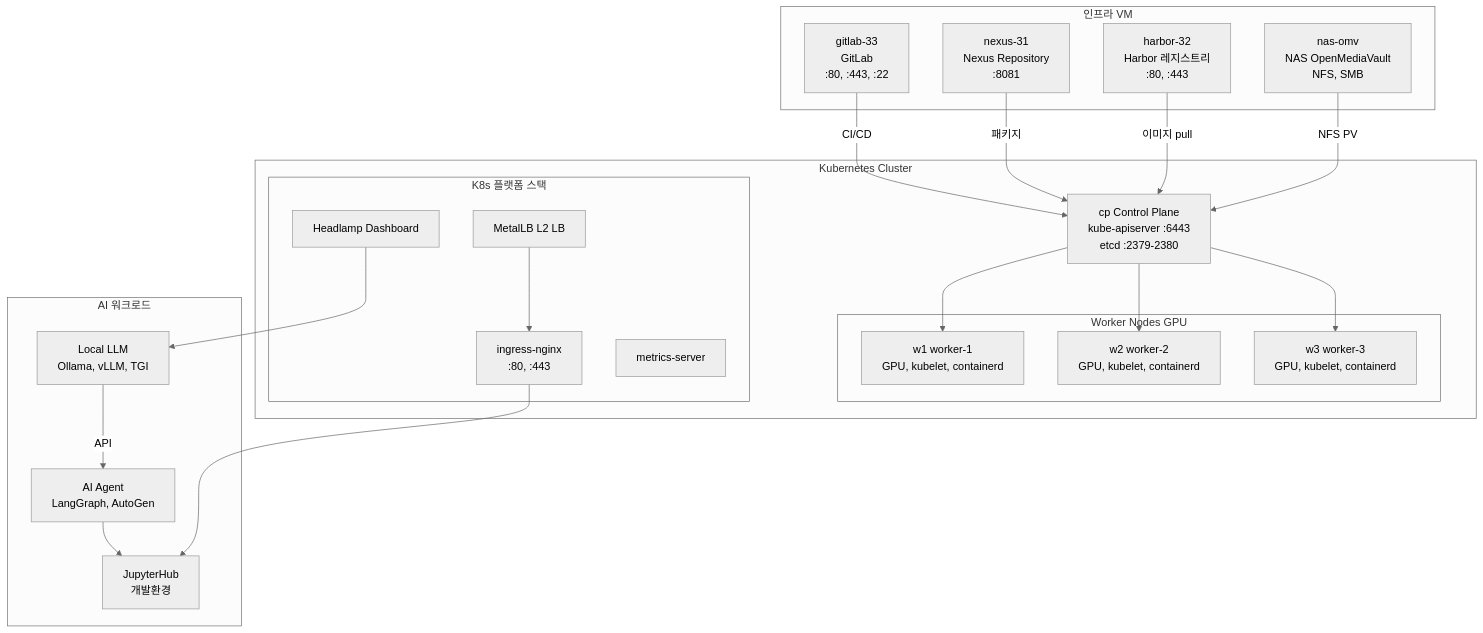
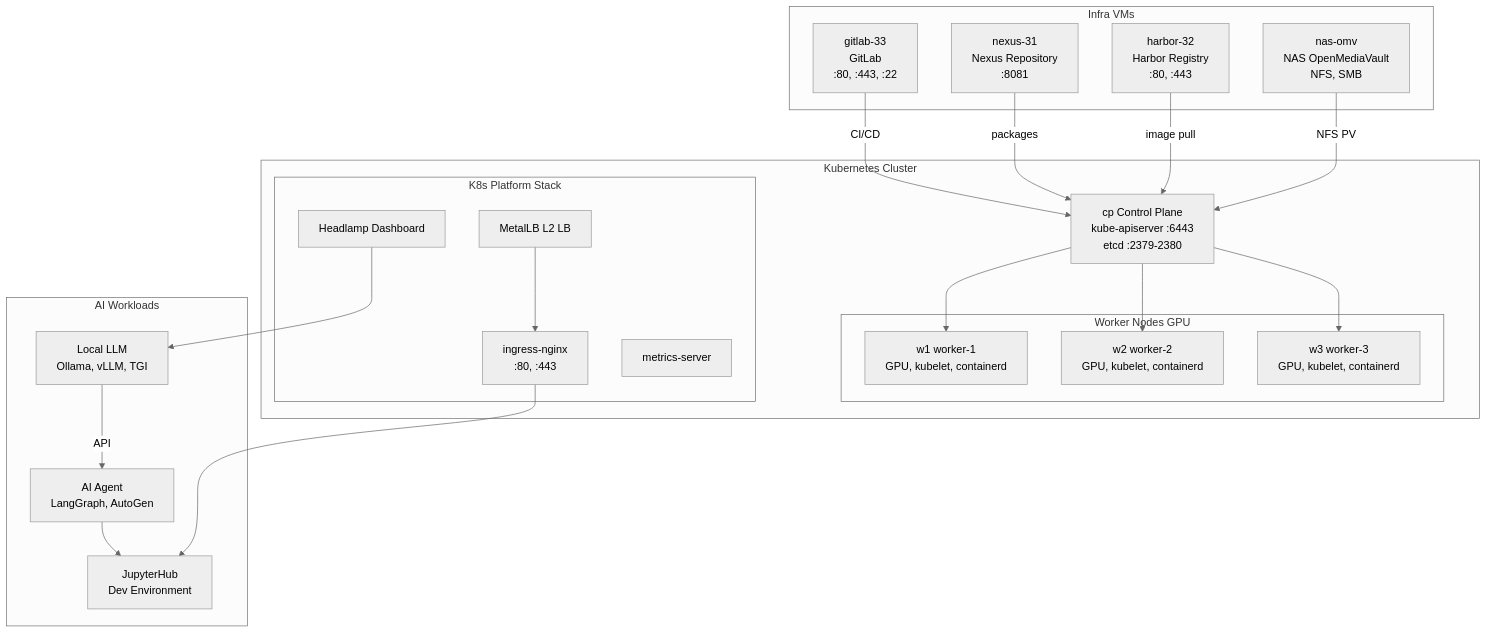
The second of 6 diagrams in README.md (edumgt/k8s-jupyter-lab), drawn with Mermaid (neutral theme) before and after one commit. The commit also changed other lines of this file and 6 other files, not shown here.

````diff
--- a/README.md
+++ b/README.md
@@ -90,45 +91,45 @@
 ```mermaid
 graph TB
-    subgraph INFRA_VMS["인프라 VM"]
-        HARBOR["harbor-32\nHarbor 레지스트리\n:80, :443"]
+    subgraph INFRA_VMS["Infra VMs"]
+        HARBOR["harbor-32\nHarbor Registry\n:80, :443"]
         NEXUS["nexus-31\nNexus Repository\n:8081"]
         GITLAB["gitlab-33\nGitLab\n:80, :443, :22"]
         NAS["nas-omv\nNAS OpenMediaVault\nNFS, SMB"]
     end
 
     subgraph K8S_CLUSTER["Kubernetes Cluster"]
         CP["cp Control Plane\nkube-apiserver :6443\netcd :2379-2380"]
 
         subgraph WORKERS["Worker Nodes GPU"]
             W1["w1 worker-1\nGPU, kubelet, containerd"]
             W2["w2 worker-2\nGPU, kubelet, containerd"]
             W3["w3 worker-3\nGPU, kubelet, containerd"]
         end
 
-        subgraph K8S_STACK["K8s 플랫폼 스택"]
+        subgraph K8S_STACK["K8s Platform Stack"]
             MLB["MetalLB L2 LB"]
             NGINX["ingress-nginx\n:80, :443"]
             METRICS["metrics-server"]
             HEADLAMP["Headlamp Dashboard"]
         end
     end
 
-    subgraph AI_WL["AI 워크로드"]
+    subgraph AI_WL["AI Workloads"]
         LLM["Local LLM\nOllama, vLLM, TGI"]
-        JUPYTER["JupyterHub\n개발환경"]
+        JUPYTER["JupyterHub\nDev Environment"]
         AGENT["AI Agent\nLangGraph, AutoGen"]
     end
 
     NAS -->|"NFS PV"| CP
-    HARBOR -->|"이미지 pull"| CP
-    NEXUS -->|"패키지"| CP
+    HARBOR -->|"image pull"| CP
+    NEXUS -->|"packages"| CP
     GITLAB -->|"CI/CD"| CP
     CP --> W1
     CP --> W2
     CP --> W3
     HEADLAMP --> LLM
     MLB --> NGINX
     NGINX --> JUPYTER
     LLM -->|"API"| AGENT
     AGENT --> JUPYTER
 ```
````
